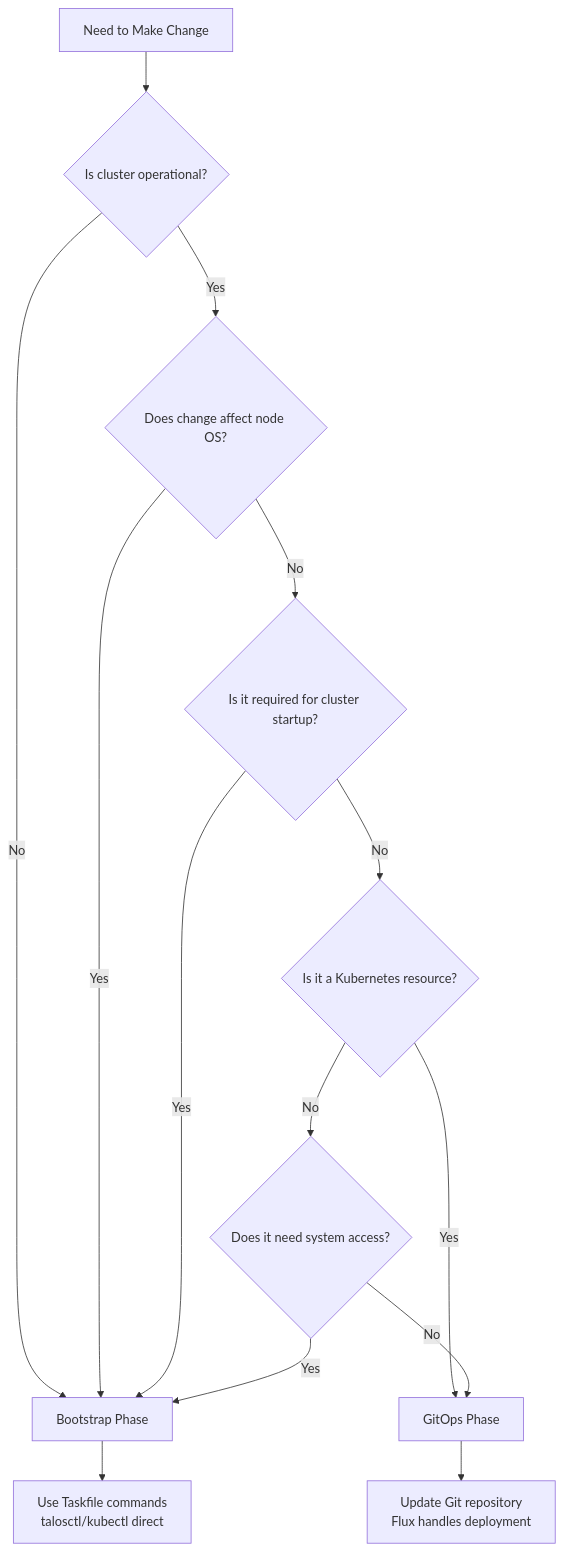
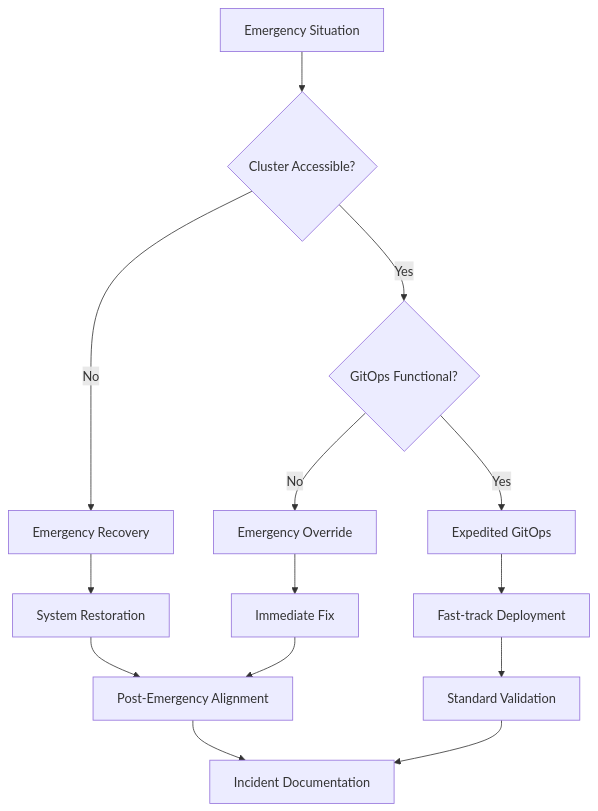
The third of 3 diagrams in docs/architecture/bootstrap-vs-gitops.md (geoffdavis/talos-gitops), drawn with Mermaid before and after one commit. The commit also changed other lines of this file and 7 other files, not shown here.

First line of the commit message:
feat: Complete Phase 4 advanced documentation and maintenance procedures

````diff
--- a/docs/architecture/bootstrap-vs-gitops.md
+++ b/docs/architecture/bootstrap-vs-gitops.md
@@ -63,17 +388,16 @@
 ```mermaid
-graph TD
-    A[Need to Make Change] --> B{Is cluster operational?}
-    B -->|No| C[Bootstrap Phase]
-    B -->|Yes| D{Does change affect node OS?}
-    D -->|Yes| C
-    D -->|No| E{Is it required for cluster startup?}
-    E -->|Yes| C
-    E -->|No| F{Is it a Kubernetes resource?}
-    F -->|Yes| G[GitOps Phase]
-    F -->|No| H{Does it need system access?}
-    H -->|Yes| C
-    H -->|No| G
-
-    C --> I[Use Taskfile commands<br/>talosctl/kubectl direct]
-    G --> J[Update Git repository<br/>Flux handles deployment]
+flowchart TD
+    A[Emergency Situation] --> B{Cluster Accessible?}
+    B -->|No| C[Emergency Recovery]
+    B -->|Yes| D{GitOps Functional?}
+    D -->|No| E[Emergency Override]
+    D -->|Yes| F[Expedited GitOps]
+    C --> G[System Restoration]
+    E --> H[Immediate Fix]
+    F --> I[Fast-track Deployment]
+    G --> J[Post-Emergency Alignment]
+    H --> J
+    I --> K[Standard Validation]
+    J --> L[Incident Documentation]
+    K --> L
 ```
````
